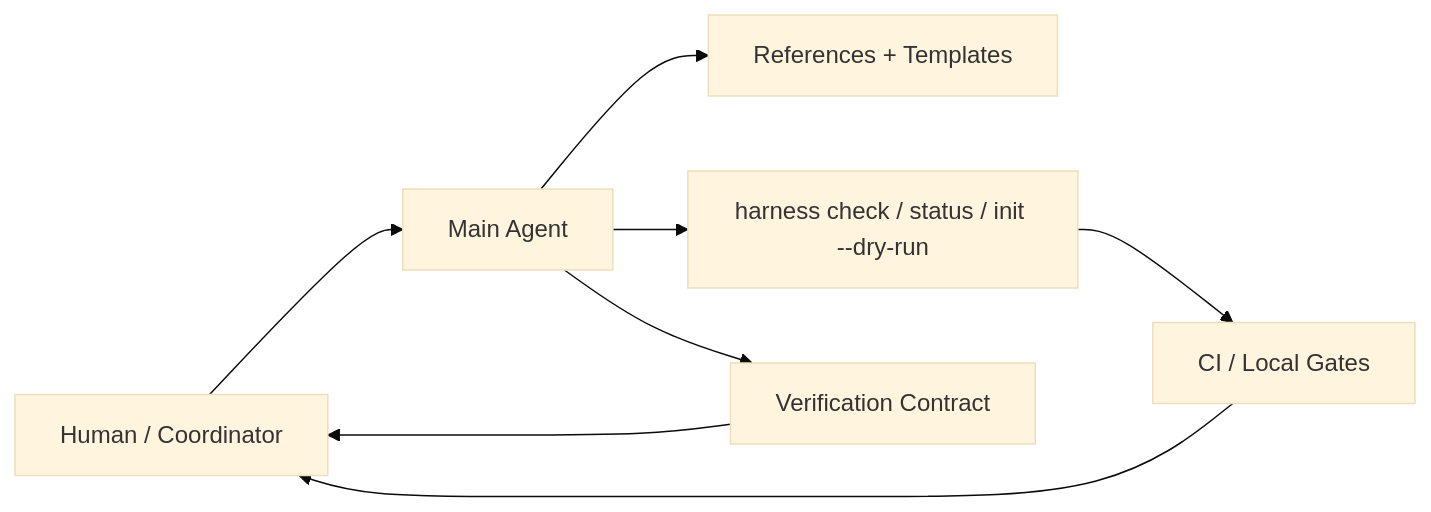
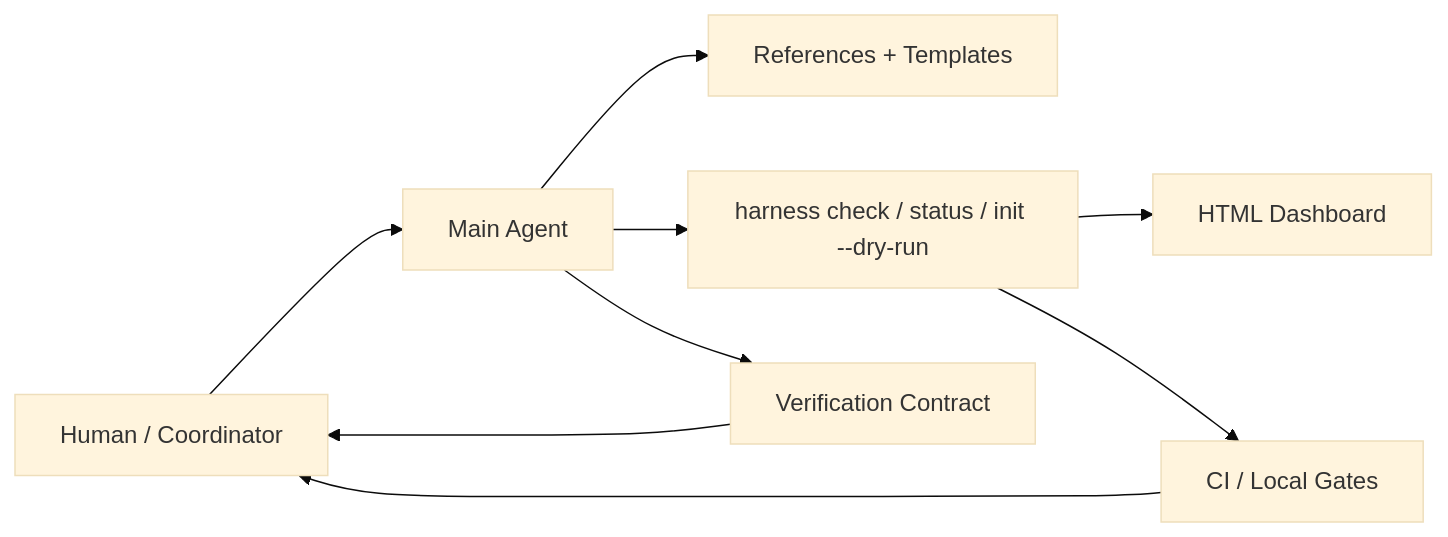
One commit to FairladyZ625/coding-agent-harness changed the second of 6 diagrams in docs-release/release/v1.0-final-check-cn.md. Above: the diagram before and after it, drawn with Mermaid (base theme). The commit also changed other lines of this file and 1 other file, not shown here.

Commit message:
include basic v1.0 dashboard scope

````diff
--- a/docs-release/release/v1.0-final-check-cn.md
+++ b/docs-release/release/v1.0-final-check-cn.md
@@ -40,17 +41,19 @@
 ```mermaid
 flowchart LR
   Human["Human / Coordinator"]
   Agent["Main Agent"]
   Docs["References + Templates"]
   CLI["harness check / status / init --dry-run"]
+  Dashboard["HTML Dashboard"]
   Review["Verification Contract"]
   CI["CI / Local Gates"]
 
   Human --> Agent
   Agent --> Docs
   Agent --> CLI
+  CLI --> Dashboard
   Agent --> Review
   CLI --> CI
   Review --> Human
   CI --> Human
 ```
````
